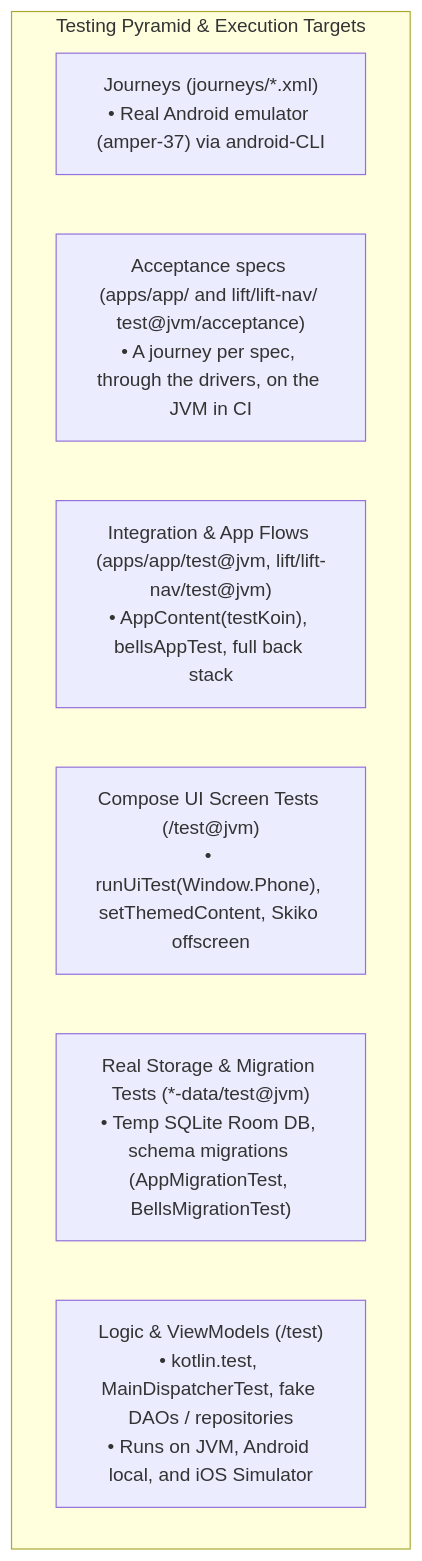
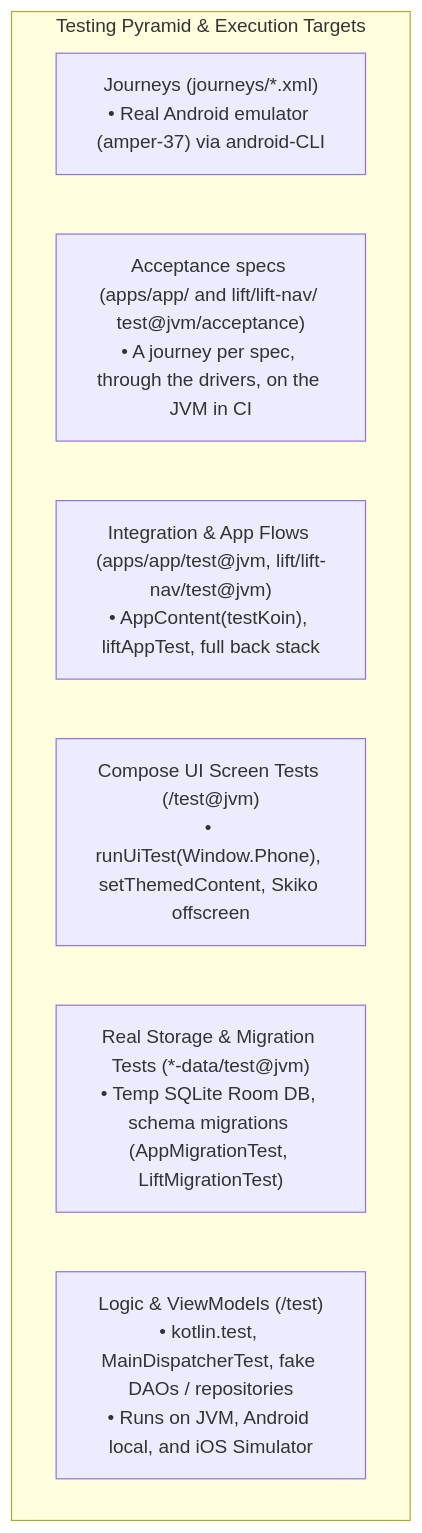
The diagram in docs/testing.md (smithjustinn84-netizen/interval), drawn with Mermaid before and after one commit. The commit also changed other lines of this file and 190 other files, not shown here.

First line of the commit message:
Lift: rename the dev.justinsmith.bells packages and Bells* names to lift

````diff
--- a/docs/testing.md
+++ b/docs/testing.md
@@ -7,11 +7,11 @@
 ```mermaid
 flowchart TD
     subgraph Pyramid ["Testing Pyramid & Execution Targets"]
         E2E["Journeys (journeys/*.xml)<br/>• Real Android emulator (amper-37) via android-CLI"]
         Acceptance["Acceptance specs (apps/app/ and lift/lift-nav/ test@jvm/acceptance)<br/>• A journey per spec, through the drivers, on the JVM in CI"]
-        AppFlows["Integration & App Flows (apps/app/test@jvm, lift/lift-nav/test@jvm)<br/>• AppContent(testKoin), bellsAppTest, full back stack"]
+        AppFlows["Integration & App Flows (apps/app/test@jvm, lift/lift-nav/test@jvm)<br/>• AppContent(testKoin), liftAppTest, full back stack"]
         ScreenUI["Compose UI Screen Tests (<feature>/test@jvm)<br/>• runUiTest(Window.Phone), setThemedContent, Skiko offscreen"]
-        Storage["Real Storage & Migration Tests (*-data/test@jvm)<br/>• Temp SQLite Room DB, schema migrations (AppMigrationTest, BellsMigrationTest)"]
+        Storage["Real Storage & Migration Tests (*-data/test@jvm)<br/>• Temp SQLite Room DB, schema migrations (AppMigrationTest, LiftMigrationTest)"]
         UnitTests["Logic & ViewModels (<module>/test)<br/>• kotlin.test, MainDispatcherTest, fake DAOs / repositories<br/>• Runs on JVM, Android local, and iOS Simulator"]
     end
 ```
````
